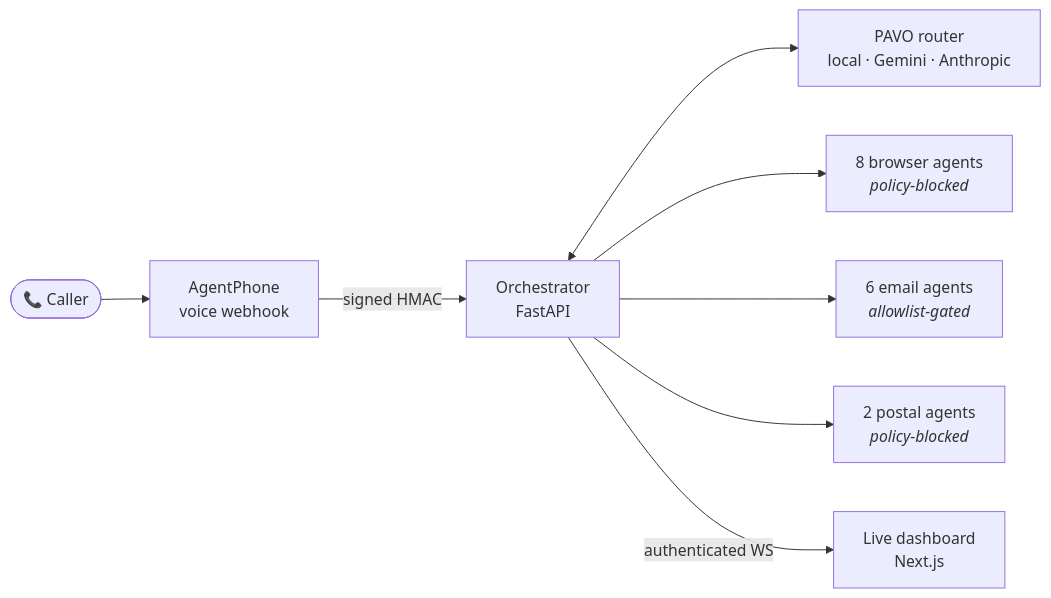
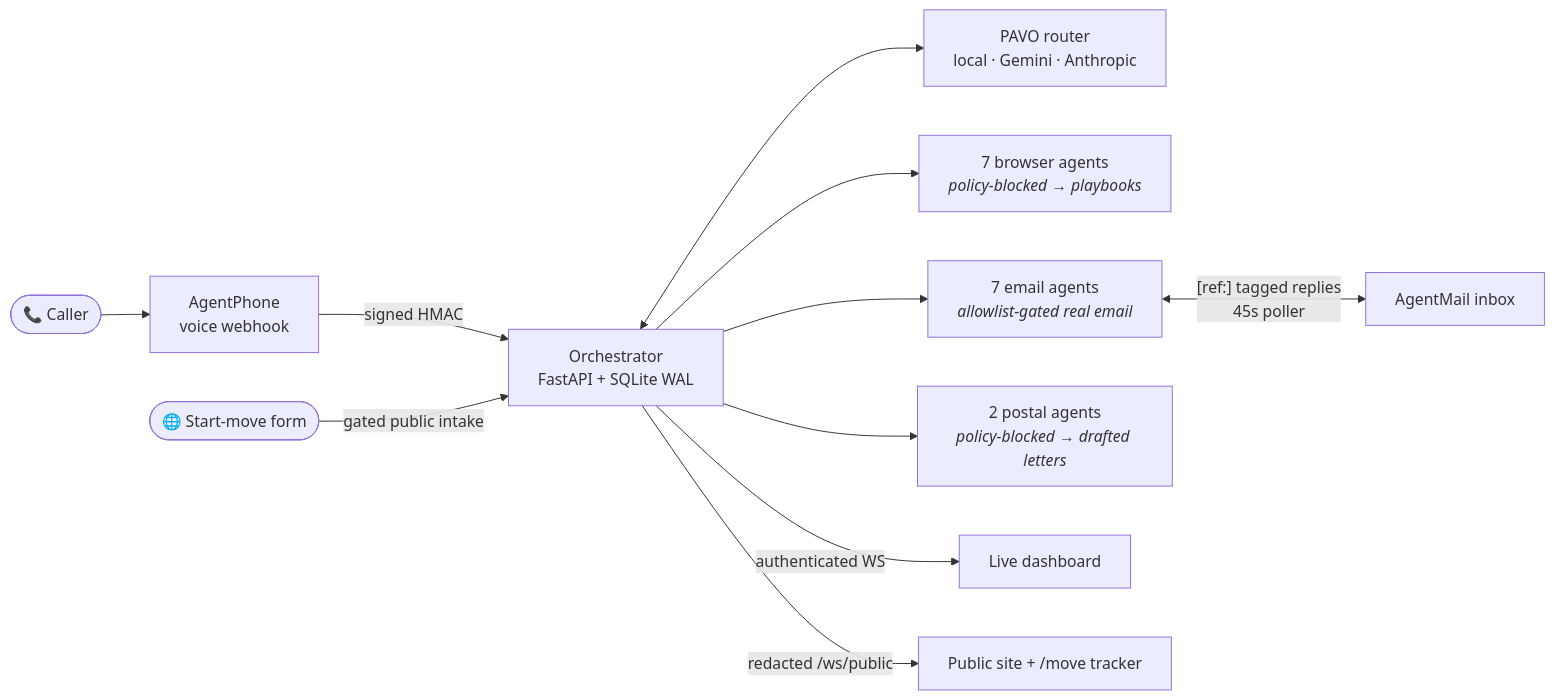
The diagram in README.md (vnmoorthy/relocate-ai), drawn with Mermaid before and after one commit. The commit also changed other lines of this file and 4 other files, not shown here.

````diff
--- a/README.md
+++ b/README.md
@@ -62,10 +77,13 @@
 ```mermaid
 flowchart LR
     caller(["📞 Caller"]) --> phone["AgentPhone<br/>voice webhook"]
-    phone -->|"signed HMAC"| orch["Orchestrator<br/>FastAPI"]
+    phone -->|"signed HMAC"| orch["Orchestrator<br/>FastAPI + SQLite WAL"]
+    web(["🌐 Start-move form"]) -->|"gated public intake"| orch
     orch <--> pavo["PAVO router<br/>local · Gemini · Anthropic"]
-    orch --> browser["8 browser agents<br/><i>policy-blocked</i>"]
-    orch --> email["6 email agents<br/><i>allowlist-gated</i>"]
-    orch --> mail["2 postal agents<br/><i>policy-blocked</i>"]
-    orch -->|"authenticated WS"| dash["Live dashboard<br/>Next.js"]
+    orch --> browser["7 browser agents<br/><i>policy-blocked → playbooks</i>"]
+    orch --> email["7 email agents<br/><i>allowlist-gated real email</i>"]
+    orch --> mail["2 postal agents<br/><i>policy-blocked → drafted letters</i>"]
+    email <-->|"[ref:] tagged replies<br/>45s poller"| inbox["AgentMail inbox"]
+    orch -->|"authenticated WS"| dash["Live dashboard"]
+    orch -->|"redacted /ws/public"| site["Public site + /move tracker"]
 ```
````
